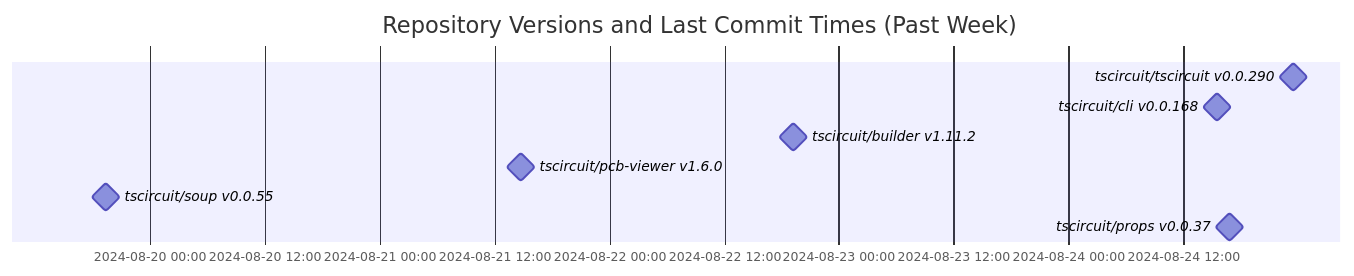
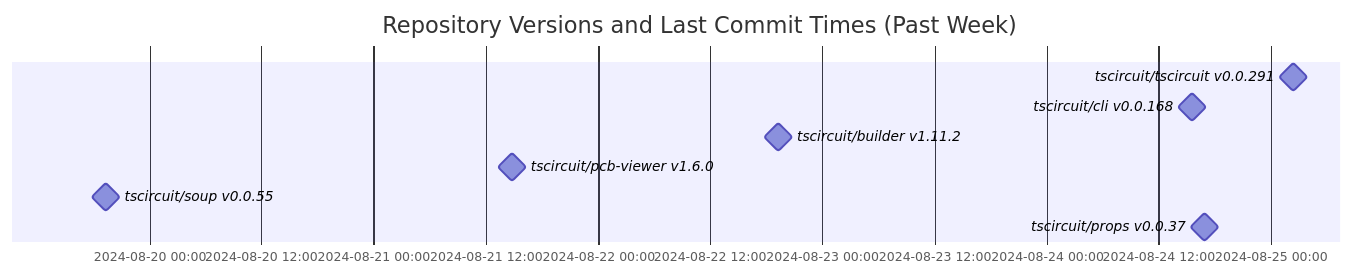
Before and after one commit to tscircuit/version-tracker: the diagram in README.md, drawn with Mermaid.

Commit message:
Update chart

````diff
--- a/README.md
+++ b/README.md
@@ -1,13 +1,13 @@
 ```mermaid
 gantt
   dateFormat  YYYY-MM-DD HH:mm:ss
   title Repository Versions and Last Commit Times (Past Week)
   axisFormat %Y-%m-%d %H:%M
 
-  tscircuit/tscircuit v0.0.290 : milestone, 2024-08-24 23:31:28, 1s
+  tscircuit/tscircuit v0.0.291 : milestone, 2024-08-25 02:23:34, 1s
   tscircuit/cli v0.0.168 : milestone, 2024-08-24 15:32:19, 1s
   tscircuit/builder v1.11.2 : milestone, 2024-08-22 19:17:19, 1s
   tscircuit/pcb-viewer v1.6.0 : milestone, 2024-08-21 14:48:25, 1s
   tscircuit/soup v0.0.55 : milestone, 2024-08-19 19:22:24, 1s
   tscircuit/props v0.0.37 : milestone, 2024-08-24 16:52:00, 1s
 ```
````
